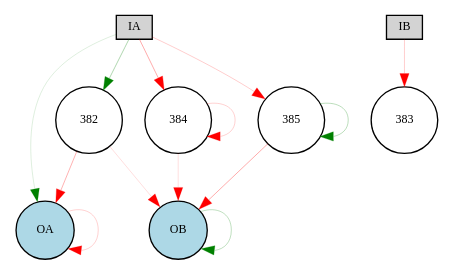
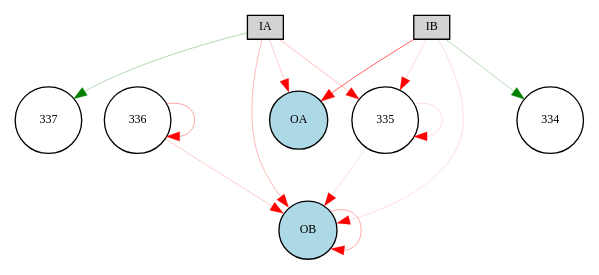
The diagram in source/discrete_experiment/Digraph.gv (danxan/neuromorphic-evolution), drawn with Graphviz before and after one commit. The commit also changed 6 other files, not shown here.

```diff
--- a/source/discrete_experiment/Digraph.gv
+++ b/source/discrete_experiment/Digraph.gv
@@ -1,23 +1,22 @@
 digraph {
 	node [fontsize=9 height=0.2 shape=circle width=0.2]
 	IA [fillcolor=lightgray shape=box style=filled]
 	IB [fillcolor=lightgray shape=box style=filled]
 	OA [fillcolor=lightblue style=filled]
 	OB [fillcolor=lightblue style=filled]
-	384 [fillcolor=white style=filled]
-	385 [fillcolor=white style=filled]
-	382 [fillcolor=white style=filled]
-	IA -> 382 [color=green penwidth=0.24457616812338875 style=solid]
-	IA -> 384 [color=red penwidth=0.24599066284987753 style=solid]
-	IA -> 385 [color=red penwidth=0.15262824441312423 style=solid]
-	IB -> 383 [color=red penwidth=0.152214655378751 style=solid]
-	382 -> OA [color=red penwidth=0.22885427196913918 style=solid]
-	382 -> OB [color=red penwidth=0.1 style=solid]
-	384 -> OB [color=red penwidth=0.1 style=solid]
-	385 -> OB [color=red penwidth=0.24765965275728796 style=solid]
-	IA -> OA [color=green penwidth=0.10378414494596727 style=solid]
-	OA -> OA [color=red penwidth=0.14065994689604816 style=solid]
-	OB -> OB [color=green penwidth=0.19286868603946974 style=solid]
-	384 -> 384 [color=red penwidth=0.13997870544358057 style=solid]
-	385 -> 385 [color=green penwidth=0.2037298423918529 style=solid]
+	335 [fillcolor=white style=filled]
+	336 [fillcolor=white style=filled]
+	IA -> 335 [color=red penwidth=0.18888989706710163 style=solid]
+	IA -> 337 [color=green penwidth=0.23250044274973888 style=solid]
+	IB -> 334 [color=green penwidth=0.21560137787085792 style=solid]
+	IB -> 335 [color=red penwidth=0.10761056234717797 style=solid]
+	335 -> OB [color=red penwidth=0.1 style=solid]
+	336 -> OB [color=red penwidth=0.15943706433553767 style=solid]
+	IA -> OA [color=red penwidth=0.1492751650654065 style=solid]
+	IA -> OB [color=red penwidth=0.2060066034603737 style=solid]
+	IB -> OA [color=red penwidth=0.4695329501191561 style=solid]
+	IB -> OB [color=red penwidth=0.1 style=solid]
+	OB -> OB [color=red penwidth=0.2508791895332634 style=solid]
+	335 -> 335 [color=red penwidth=0.1 style=solid]
+	336 -> 336 [color=red penwidth=0.27127643676583524 style=solid]
 }
```
